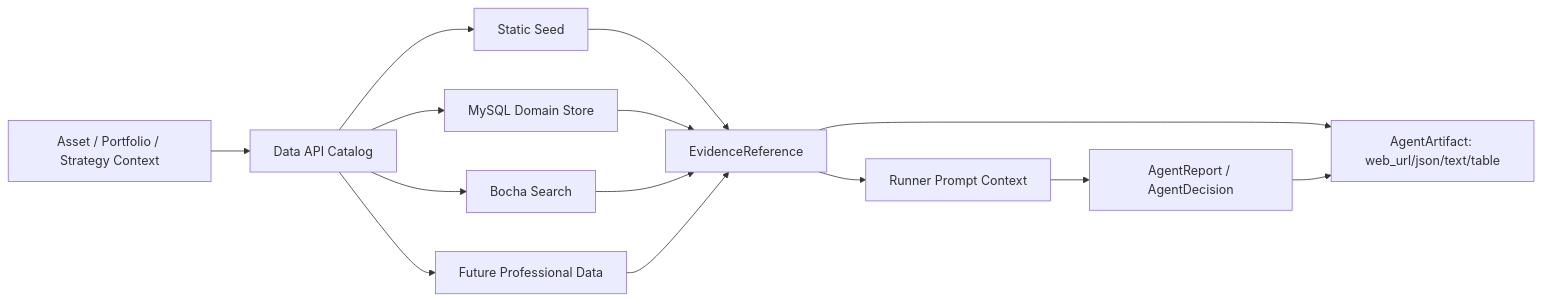
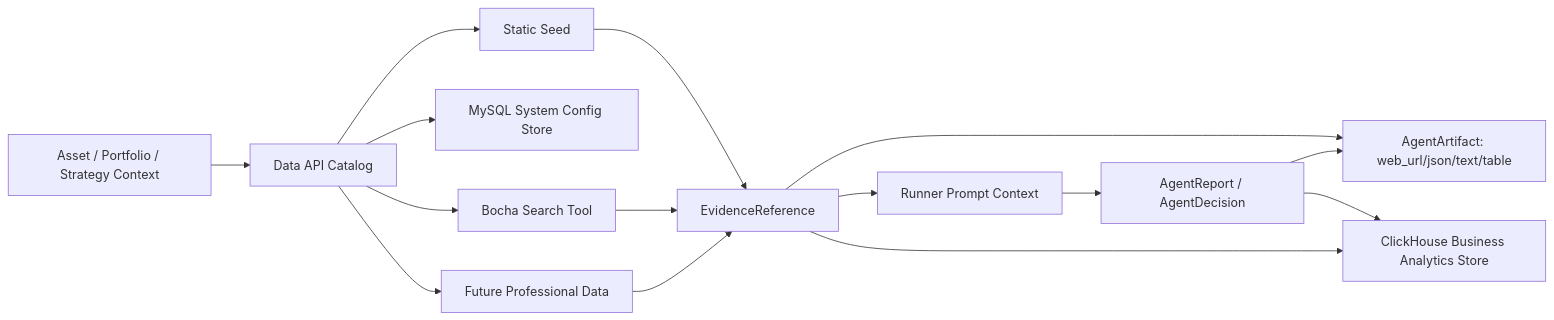
Before and after one commit to Bodiva/Hyper-Alpha-Arena: the fourth of 5 diagrams in docs/ARCHITECTURE_OVERVIEW.md, drawn with Mermaid. The commit also changed other lines of this file and 18 other files, not shown here.

````diff
--- a/docs/ARCHITECTURE_OVERVIEW.md
+++ b/docs/ARCHITECTURE_OVERVIEW.md
@@ -205,27 +212,29 @@
 ```mermaid
 flowchart LR
   Asset["Asset / Portfolio / Strategy Context"]
   DataCatalog["Data API Catalog"]
   Static["Static Seed"]
-  MySQL["MySQL Domain Store"]
-  Bocha["Bocha Search"]
+  MySQL["MySQL System Config Store"]
+  ClickHouse["ClickHouse Business Analytics Store"]
+  Bocha["Bocha Search Tool"]
   Pro["Future Professional Data"]
   Evidence["EvidenceReference"]
   Artifact["AgentArtifact: web_url/json/text/table"]
   Prompt["Runner Prompt Context"]
   Report["AgentReport / AgentDecision"]
 
   Asset --> DataCatalog
   DataCatalog --> Static
   DataCatalog --> MySQL
   DataCatalog --> Bocha
   DataCatalog --> Pro
   Static --> Evidence
-  MySQL --> Evidence
   Bocha --> Evidence
   Pro --> Evidence
   Evidence --> Artifact
   Evidence --> Prompt
   Prompt --> Report
   Report --> Artifact
+  Evidence --> ClickHouse
+  Report --> ClickHouse
 ```
````
